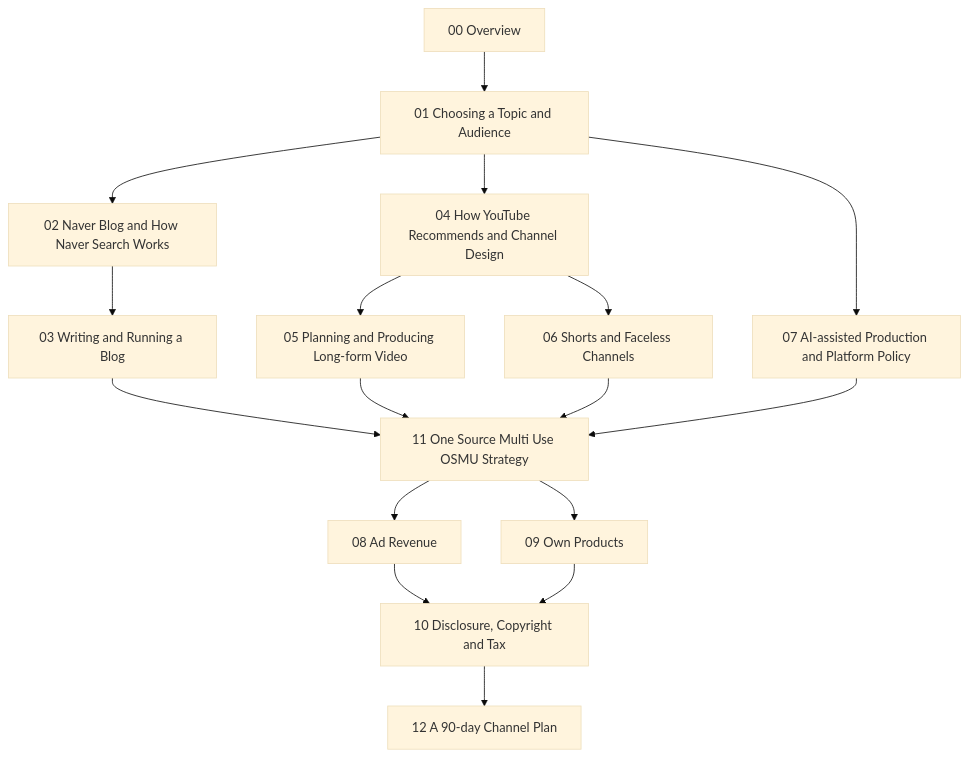
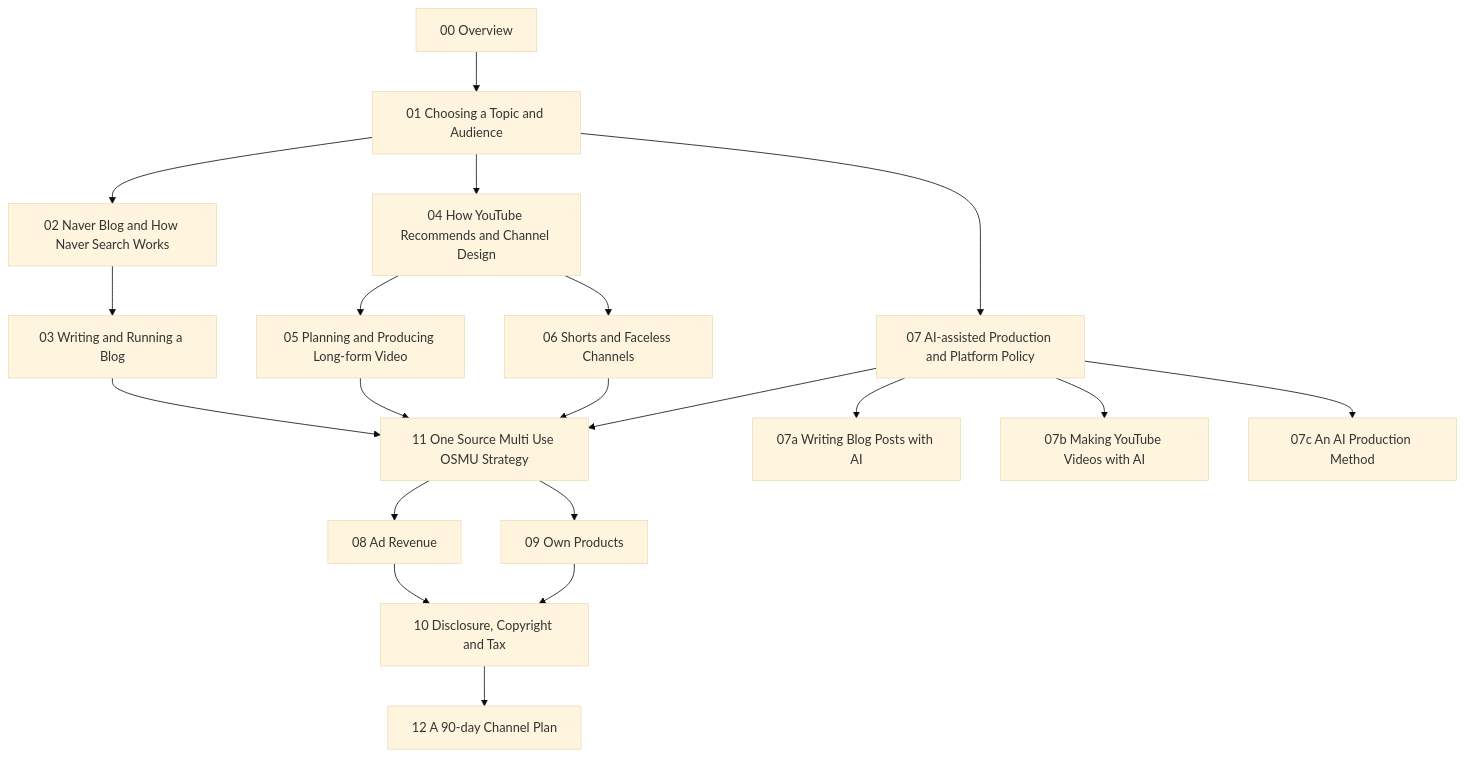
One commit to linjingzhu/tech-jeongsu changed the diagram in content/en/creator/00-overview.md. Above: the diagram before and after it, drawn with Mermaid (base theme). The commit also changed other lines of this file and 93 other files, not shown here.

````diff
--- a/content/en/creator/00-overview.md
+++ b/content/en/creator/00-overview.md
@@ -61,19 +61,22 @@
 ```mermaid
 flowchart TD
     D00["00 Overview"] --> D01["01 Choosing a Topic and Audience"]
     D01 --> D02["02 Naver Blog and How Naver Search Works"]
     D01 --> D04["04 How YouTube Recommends and Channel Design"]
     D01 --> D07
     D02 --> D03["03 Writing and Running a Blog"]
     D04 --> D05["05 Planning and Producing Long-form Video"]
     D04 --> D06["06 Shorts and Faceless Channels"]
     D03 --> D11["11 One Source Multi Use OSMU Strategy"]
     D05 --> D11
     D06 --> D11
     D07["07 AI-assisted Production and Platform Policy"] --> D11
+    D07 --> D07a["07a Writing Blog Posts with AI"]
+    D07 --> D07b["07b Making YouTube Videos with AI"]
+    D07 --> D07c["07c An AI Production Method"]
     D11 --> D08["08 Ad Revenue"]
     D11 --> D09["09 Own Products"]
     D08 --> D10["10 Disclosure, Copyright and Tax"]
     D09 --> D10
     D10 --> D12["12 A 90-day Channel Plan"]
 ```
````
